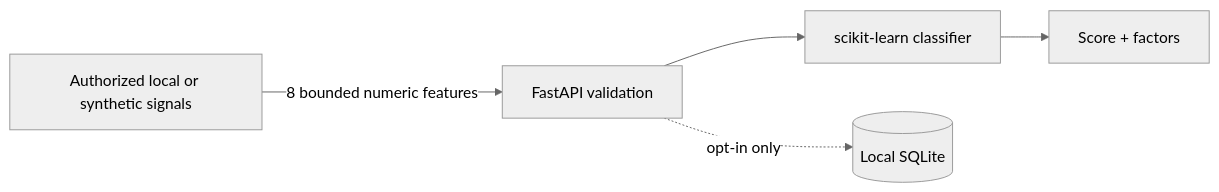
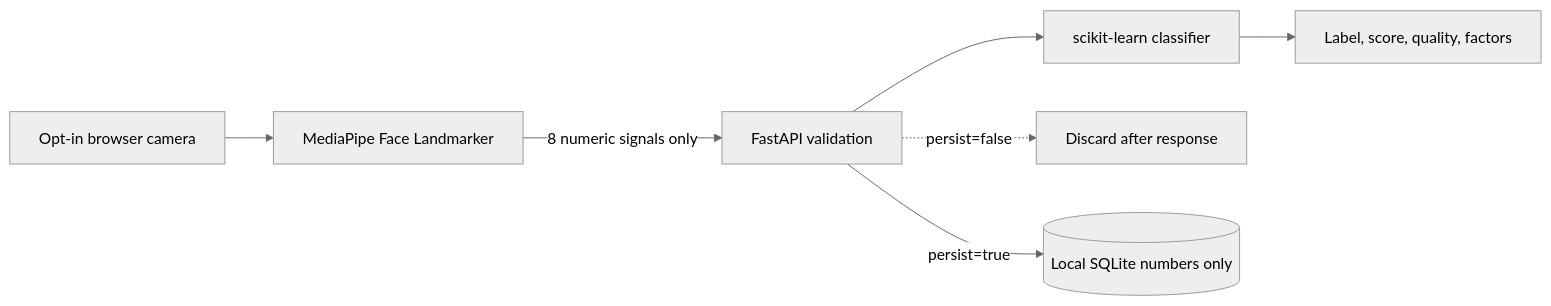
One commit to MontassarBenMesmia/focuslens-ai changed the diagram in README.md. Above: the diagram before and after it, drawn with Mermaid (neutral theme). The commit also changed other lines of this file and 28 other files, not shown here.

````diff
--- a/README.md
+++ b/README.md
@@ -29,7 +42,9 @@
 ```mermaid
 flowchart LR
-    INPUT[Authorized local or synthetic signals] -->|8 bounded numeric features| API[FastAPI validation]
+    CAMERA[Opt-in browser camera] --> LANDMARKS[MediaPipe Face Landmarker]
+    LANDMARKS -->|8 numeric signals only| API[FastAPI validation]
     API --> MODEL[scikit-learn classifier]
-    MODEL --> RESULT[Score + factors]
-    API -. opt-in only .-> DB[(Local SQLite)]
+    MODEL --> RESULT[Label, score, quality, factors]
+    API -. persist=false .-> DISCARD[Discard after response]
+    API -->|persist=true| DB[(Local SQLite numbers only)]
 ```
````
